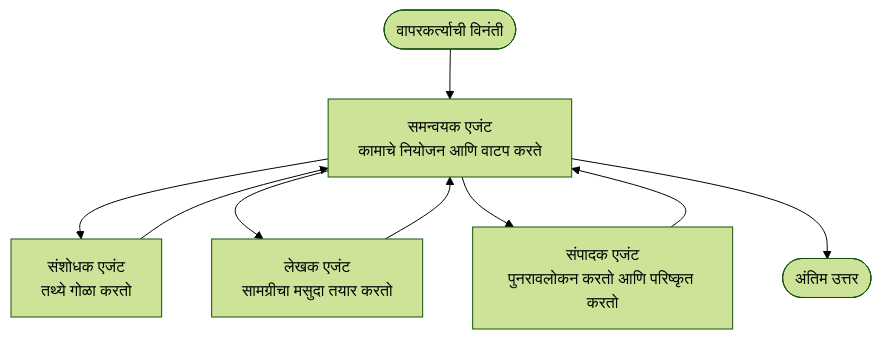
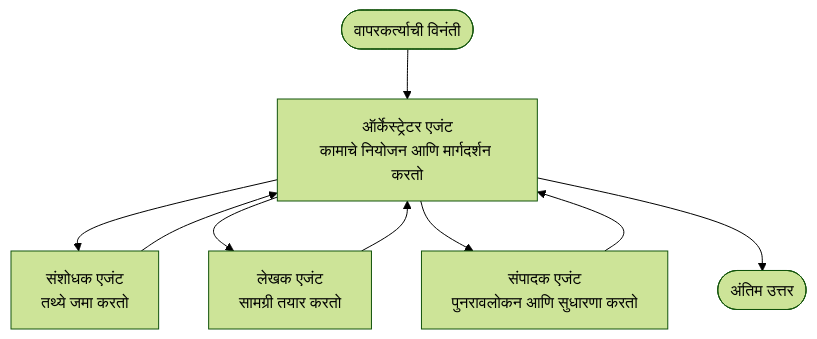
One commit to microsoft/AZD-for-beginners changed the diagram in translations/mr/docs/chapter-05-multi-agent/multi-agent-basics.md. Above: the diagram before and after it, drawn with Mermaid (forest theme). The commit also changed other lines of this file and 62 other files, not shown here.

````diff
--- a/translations/mr/docs/chapter-05-multi-agent/multi-agent-basics.md
+++ b/translations/mr/docs/chapter-05-multi-agent/multi-agent-basics.md
@@ -43,11 +43,11 @@
 ```mermaid
 graph TD
-    User([वापरकर्त्याची विनंती]) --> Orchestrator[समन्वयक एजंट<br/>कामाचे नियोजन आणि वाटप करते]
-    Orchestrator --> Researcher[संशोधक एजंट<br/>तथ्ये गोळा करतो]
-    Orchestrator --> Writer[लेखक एजंट<br/>सामग्रीचा मसुदा तयार करतो]
-    Orchestrator --> Editor[संपादक एजंट<br/>पुनरावलोकन करतो आणि परिष्कृत करतो]
+    User([वापरकर्त्याची विनंती]) --> Orchestrator[ऑर्केस्ट्रेटर एजंट<br/>कामाचे नियोजन आणि मार्गदर्शन करतो]
+    Orchestrator --> Researcher[संशोधक एजंट<br/>तथ्ये जमा करतो]
+    Orchestrator --> Writer[लेखक एजंट<br/>सामग्री तयार करतो]
+    Orchestrator --> Editor[संपादक एजंट<br/>पुनरावलोकन आणि सुधारणा करतो]
     Researcher --> Orchestrator
     Writer --> Orchestrator
     Editor --> Orchestrator
     Orchestrator --> Result([अंतिम उत्तर])
 ```
````
